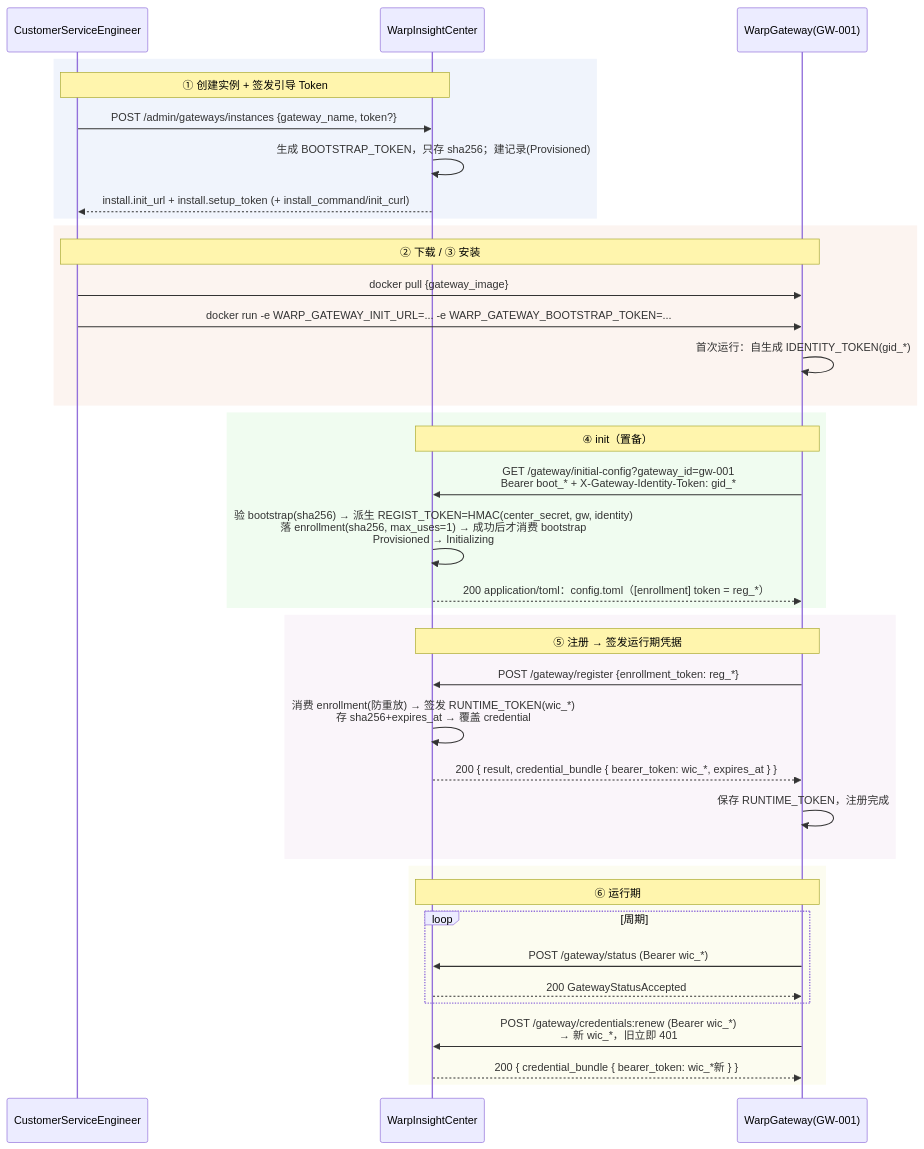
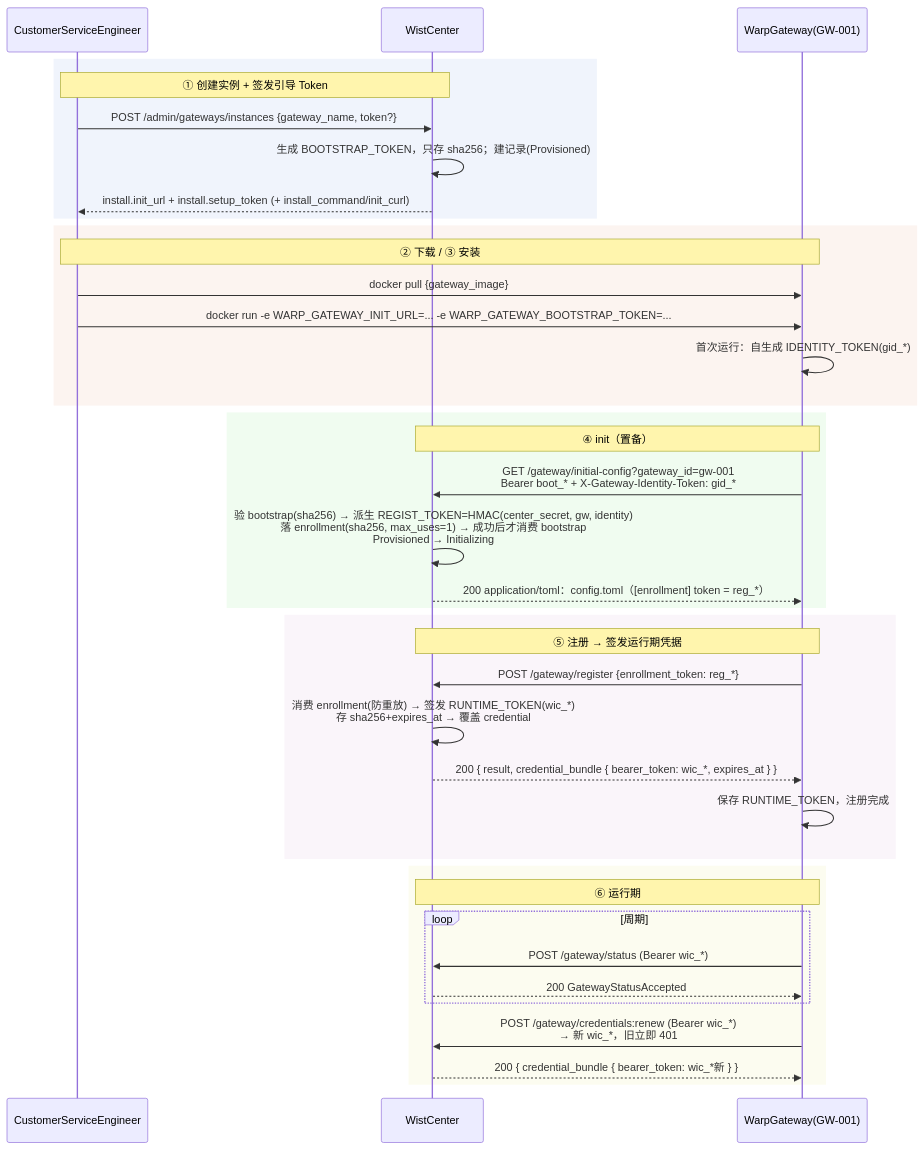
One commit to dayu-sec/wist-design changed the diagram in doc/design/center/gateway-enrollment-flow.md. Above: the diagram before and after it, drawn with Mermaid. The commit also changed other lines of this file and 8 other files, not shown here.

````diff
--- a/doc/design/center/gateway-enrollment-flow.md
+++ b/doc/design/center/gateway-enrollment-flow.md
@@ -33,45 +33,45 @@
 ```mermaid
 sequenceDiagram
     participant Admin as CustomerServiceEngineer
-    participant Center as WarpInsightCenter
+    participant Center as WistCenter
     participant GW as WarpGateway(GW-001)
 
     rect rgb(240,244,252)
     note over Admin,Center: ① 创建实例 + 签发引导 Token
     Admin->>Center: POST /admin/gateways/instances {gateway_name, token?}
     Center->>Center: 生成 BOOTSTRAP_TOKEN，只存 sha256；建记录(Provisioned)
     Center-->>Admin: install.init_url + install.setup_token (+ install_command/init_curl)
     end
 
     rect rgb(252,244,240)
     note over Admin,GW: ② 下载 / ③ 安装
     Admin->>GW: docker pull {gateway_image}
     Admin->>GW: docker run -e WARP_GATEWAY_INIT_URL=... -e WARP_GATEWAY_BOOTSTRAP_TOKEN=...
     GW->>GW: 首次运行：自生成 IDENTITY_TOKEN(gid_*)
     end
 
     rect rgb(240,252,240)
     note over GW,Center: ④ init（置备）
     GW->>Center: GET /gateway/initial-config?gateway_id=gw-001<br/>Bearer boot_* + X-Gateway-Identity-Token: gid_*
     Center->>Center: 验 bootstrap(sha256) → 派生 REGIST_TOKEN=HMAC(center_secret, gw, identity)<br/>落 enrollment(sha256, max_uses=1) → 成功后才消费 bootstrap<br/>Provisioned → Initializing
     Center-->>GW: 200 application/toml：config.toml（[enrollment] token = reg_*）
     end
 
     rect rgb(250,245,250)
     note over GW,Center: ⑤ 注册 → 签发运行期凭据
     GW->>Center: POST /gateway/register {enrollment_token: reg_*}
     Center->>Center: 消费 enrollment(防重放) → 签发 RUNTIME_TOKEN(wic_*)<br/>存 sha256+expires_at → 覆盖 credential
     Center-->>GW: 200 { result, credential_bundle { bearer_token: wic_*, expires_at } }
     GW->>GW: 保存 RUNTIME_TOKEN，注册完成
     end
 
     rect rgb(252,252,240)
     note over GW,Center: ⑥ 运行期
     loop 周期
         GW->>Center: POST /gateway/status (Bearer wic_*)
         Center-->>GW: 200 GatewayStatusAccepted
     end
     GW->>Center: POST /gateway/credentials:renew (Bearer wic_*)  <br/>→ 新 wic_*，旧立即 401
     Center-->>GW: 200 { credential_bundle { bearer_token: wic_*新 } }
     end
 ```
````
